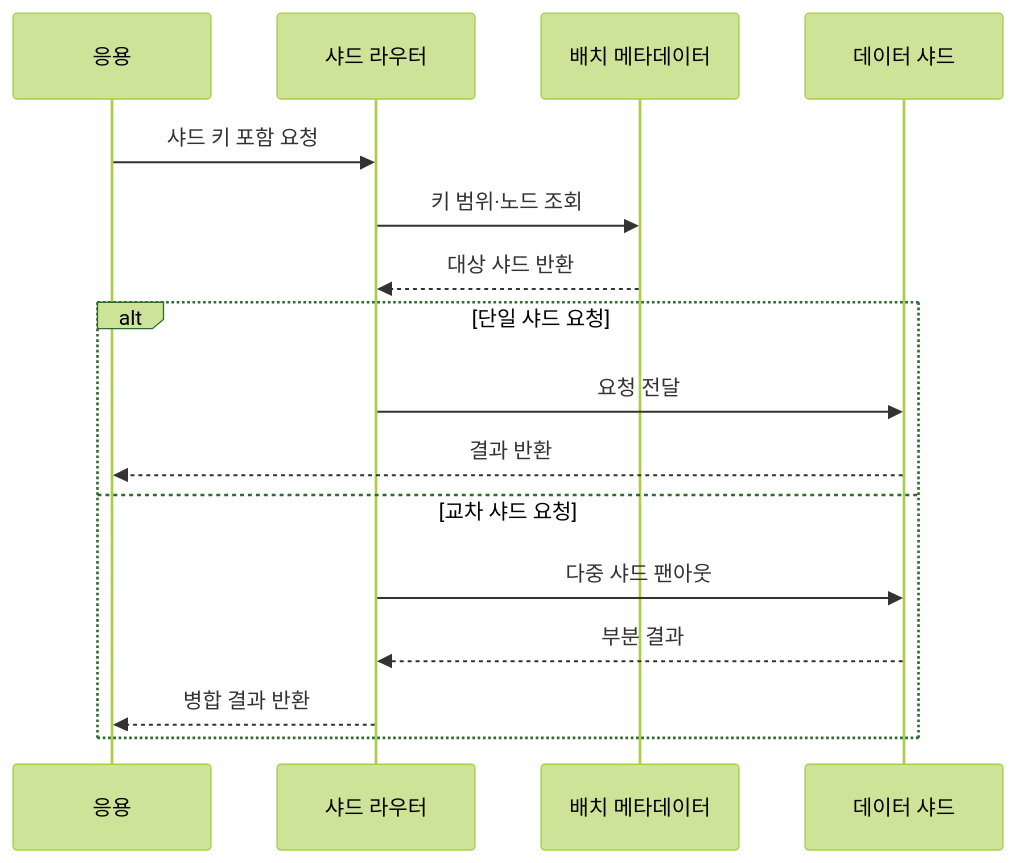
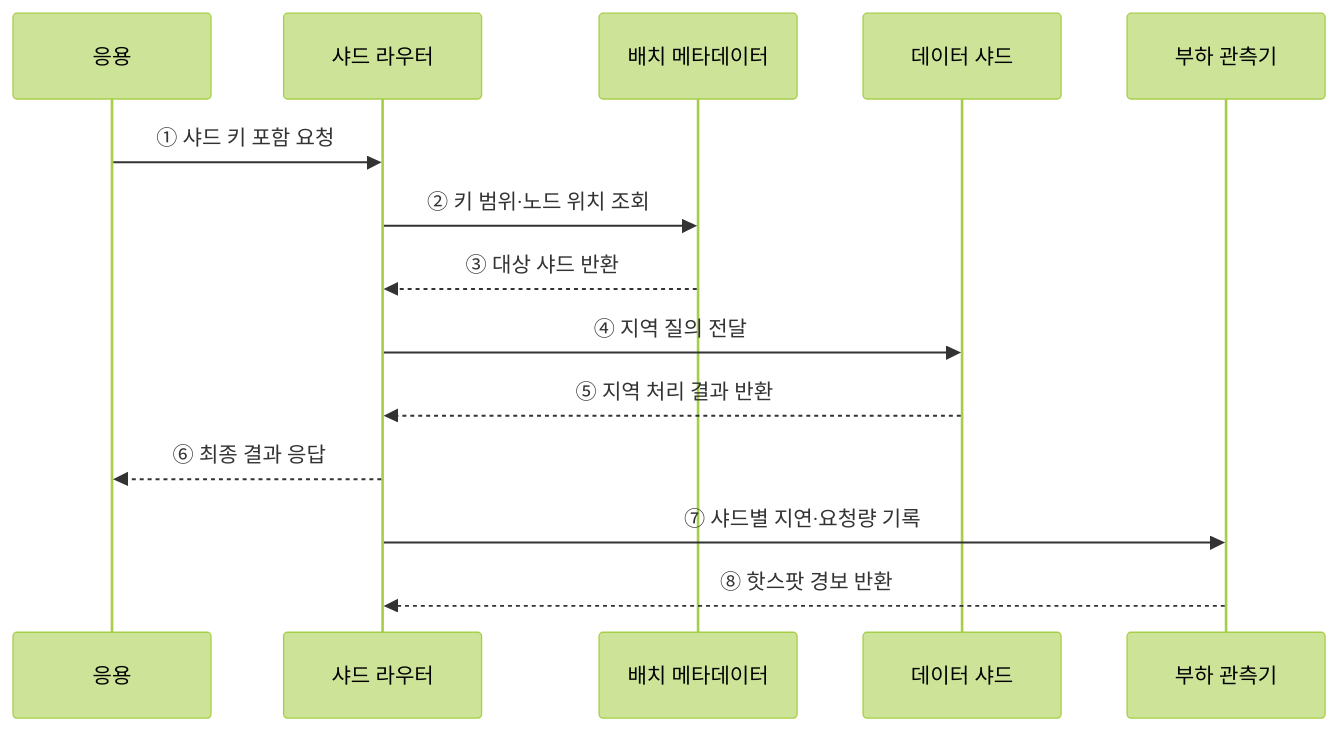
One commit to agnusdei1207/knowledge-base changed the second of 2 diagrams in src/content/docs/notes/03-software/099_sharding.md. Above: the diagram before and after it, drawn with Mermaid (forest theme). The commit also changed other lines of this file and 20 other files, not shown here.

````diff
--- a/src/content/docs/notes/03-software/099_sharding.md
+++ b/src/content/docs/notes/03-software/099_sharding.md
@@ -82,18 +71,16 @@
 ```mermaid
 sequenceDiagram
     participant A as 응용
     participant R as 샤드 라우터
     participant M as 배치 메타데이터
     participant S as 데이터 샤드
-    A->>R: 샤드 키 포함 요청
-    R->>M: 키 범위·노드 조회
-    M-->>R: 대상 샤드 반환
-    alt 단일 샤드 요청
-        R->>S: 요청 전달
-        S-->>A: 결과 반환
-    else 교차 샤드 요청
-        R->>S: 다중 샤드 팬아웃
-        S-->>R: 부분 결과
-        R-->>A: 병합 결과 반환
-    end
+    participant O as 부하 관측기
+    A->>R: ① 샤드 키 포함 요청
+    R->>M: ② 키 범위·노드 위치 조회
+    M-->>R: ③ 대상 샤드 반환
+    R->>S: ④ 지역 질의 전달
+    S-->>R: ⑤ 지역 처리 결과 반환
+    R-->>A: ⑥ 최종 결과 응답
+    R->>O: ⑦ 샤드별 지연·요청량 기록
+    O-->>R: ⑧ 핫스팟 경보 반환
 ```
````
